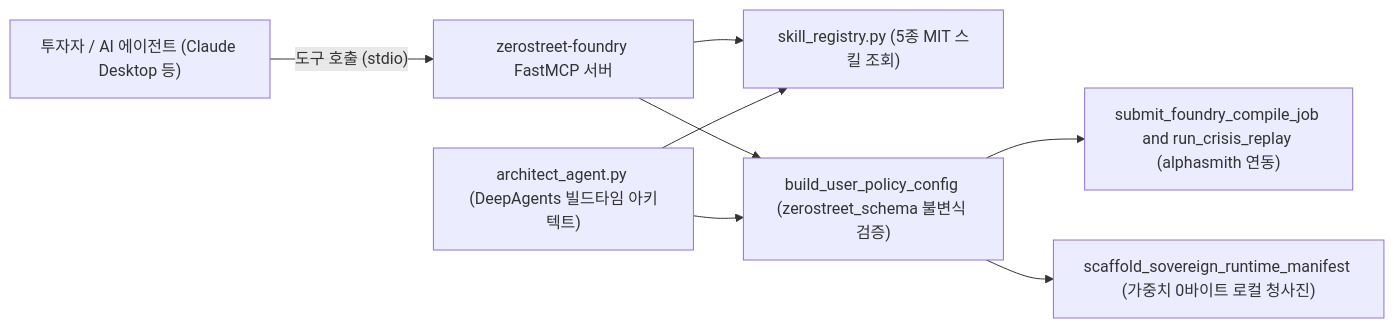
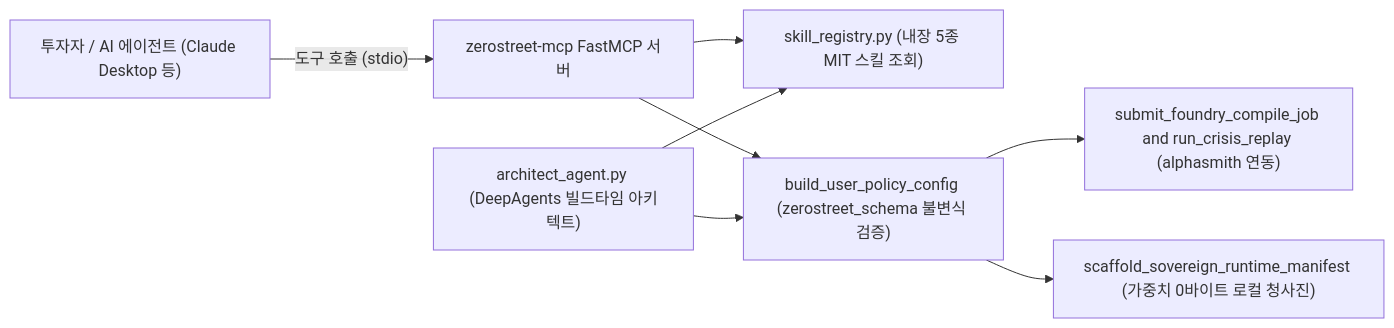
The diagram in README.md (zerostreet/zerostreet-mcp), drawn with Mermaid before and after one commit. The commit also changed other lines of this file and 22 other files, not shown here.

Commit message:
refactor: rename package and repository from zerostreet-skills to zerostreet-mcp

````diff
--- a/README.md
+++ b/README.md
@@ -30,10 +30,10 @@
 ```mermaid
 flowchart LR
-    USER["투자자 / AI 에이전트 (Claude Desktop 등)"] -->|"도구 호출 (stdio)"| MCP["zerostreet-foundry FastMCP 서버"]
-    MCP --> SK["skill_registry.py (5종 MIT 스킬 조회)"]
+    USER["투자자 / AI 에이전트 (Claude Desktop 등)"] -->|"도구 호출 (stdio)"| MCP["zerostreet-mcp FastMCP 서버"]
+    MCP --> SK["skill_registry.py (내장 5종 MIT 스킬 조회)"]
     MCP --> VAL["build_user_policy_config (zerostreet_schema 불변식 검증)"]
     VAL --> FND["submit_foundry_compile_job and run_crisis_replay (alphasmith 연동)"]
     VAL --> SCF["scaffold_sovereign_runtime_manifest (가중치 0바이트 로컬 청사진)"]
     ARCH["architect_agent.py (DeepAgents 빌드타임 아키텍트)"] --> SK
     ARCH --> VAL
 ```
````
